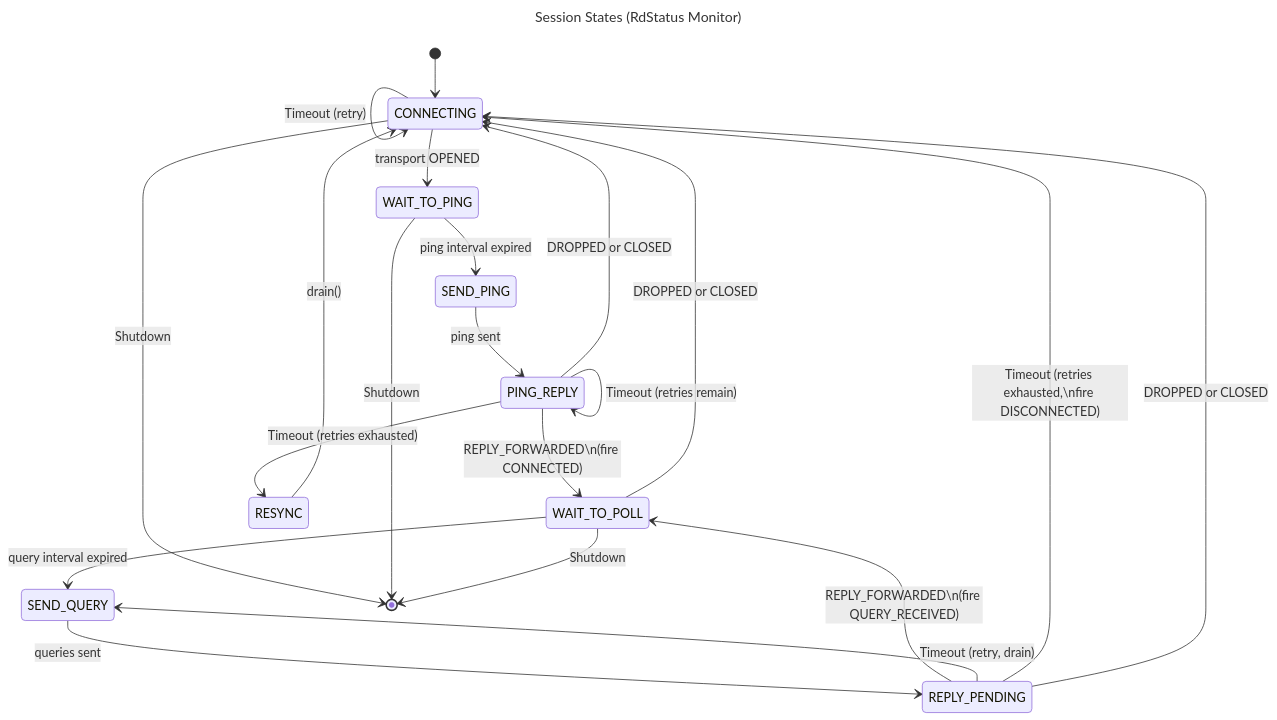
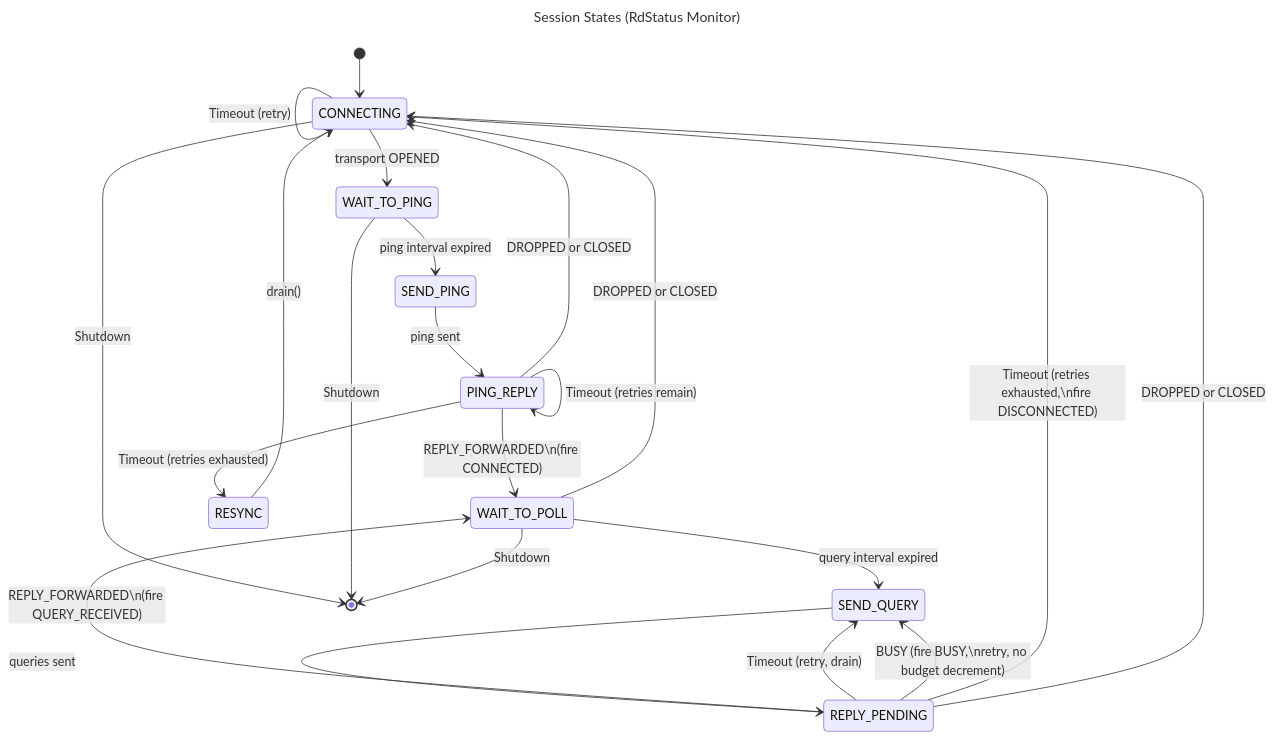
The fifth of 6 diagrams in docs/designs/RuidaDriver-functional.md (StevenIsaacs/ruida-pa), drawn with Mermaid before and after one commit. The commit also changed other lines of this file and 9 other files, not shown here.

````diff
--- a/docs/designs/RuidaDriver-functional.md
+++ b/docs/designs/RuidaDriver-functional.md
@@ -369,35 +371,36 @@
 ```mermaid
 ---
 title: Session States (RdStatus Monitor)
 ---
 stateDiagram-v2
     [*] --> CONNECTING
 
     CONNECTING --> WAIT_TO_PING: transport OPENED
     CONNECTING --> CONNECTING: Timeout (retry)
 
     WAIT_TO_PING --> SEND_PING: ping interval expired
 
     SEND_PING --> PING_REPLY: ping sent
 
     PING_REPLY --> WAIT_TO_POLL: REPLY_FORWARDED\n(fire CONNECTED)
     PING_REPLY --> PING_REPLY: Timeout (retries remain)
     PING_REPLY --> RESYNC: Timeout (retries exhausted)
     PING_REPLY --> CONNECTING: DROPPED or CLOSED
 
     RESYNC --> CONNECTING: drain()
 
     WAIT_TO_POLL --> SEND_QUERY: query interval expired
     WAIT_TO_POLL --> CONNECTING: DROPPED or CLOSED
 
     SEND_QUERY --> REPLY_PENDING: queries sent
 
     REPLY_PENDING --> WAIT_TO_POLL: REPLY_FORWARDED\n(fire QUERY_RECEIVED)
     REPLY_PENDING --> SEND_QUERY: Timeout (retry, drain)
+    REPLY_PENDING --> SEND_QUERY: BUSY (fire BUSY,\nretry, no budget decrement)
     REPLY_PENDING --> CONNECTING: Timeout (retries exhausted,\nfire DISCONNECTED)
     REPLY_PENDING --> CONNECTING: DROPPED or CLOSED
 
     CONNECTING --> [*]: Shutdown
     WAIT_TO_PING --> [*]: Shutdown
     WAIT_TO_POLL --> [*]: Shutdown
 ```
````
